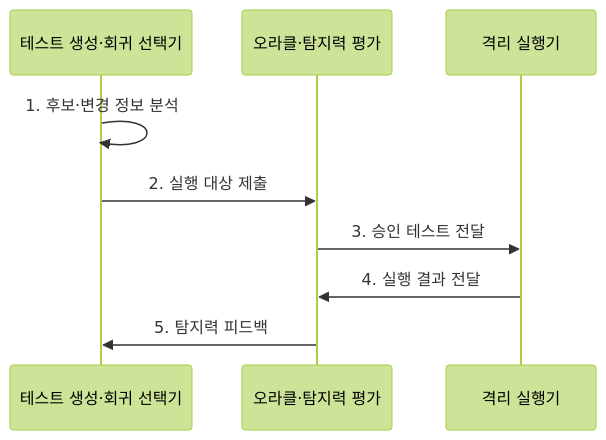
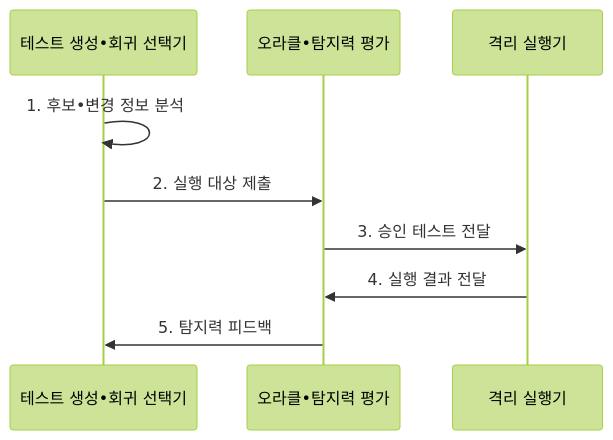
One commit to agnusdei1207/knowledge-base changed the second of 2 diagrams in src/content/docs/notes/03-software/207_ai_test_automation.md. Above: the diagram before and after it, drawn with Mermaid (forest theme). The commit also changed other lines of this file and 953 other files, not shown here.

````diff
--- a/src/content/docs/notes/03-software/207_ai_test_automation.md
+++ b/src/content/docs/notes/03-software/207_ai_test_automation.md
@@ -105,11 +105,11 @@
 ```mermaid
 sequenceDiagram
-    participant G as 테스트 생성·회귀 선택기
-    participant O as 오라클·탐지력 평가
+    participant G as 테스트 생성•회귀 선택기
+    participant O as 오라클•탐지력 평가
     participant E as 격리 실행기
-    G->>G: 1. 후보·변경 정보 분석
+    G->>G: 1. 후보•변경 정보 분석
     G->>O: 2. 실행 대상 제출
     O->>E: 3. 승인 테스트 전달
     E->>O: 4. 실행 결과 전달
     O->>G: 5. 탐지력 피드백
 ```
````
